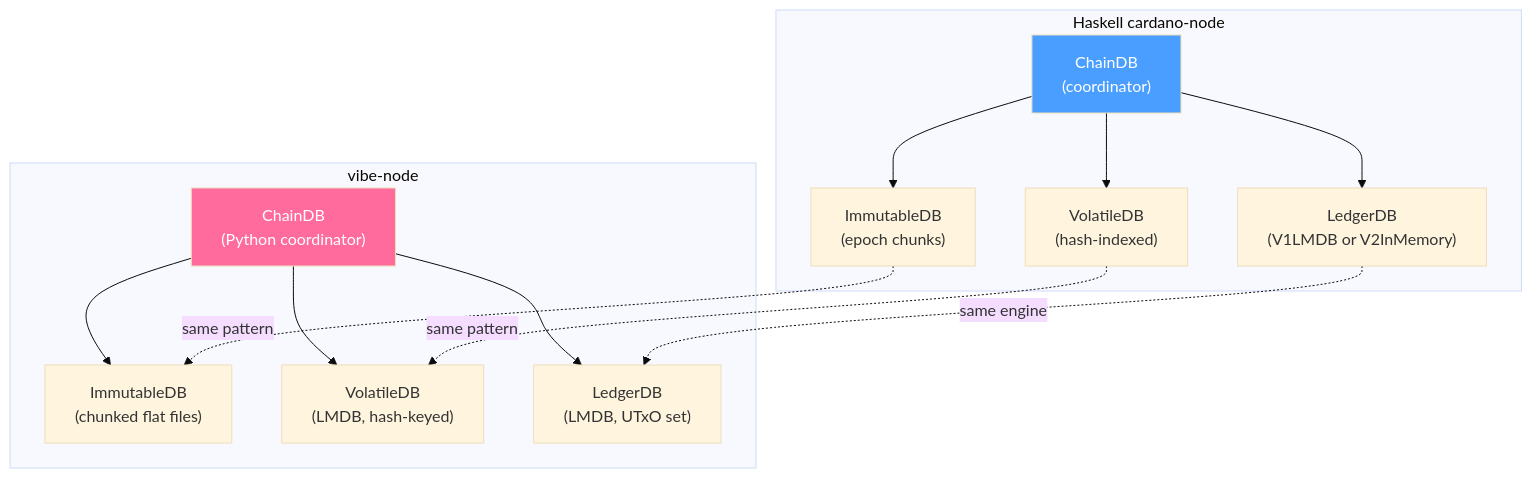
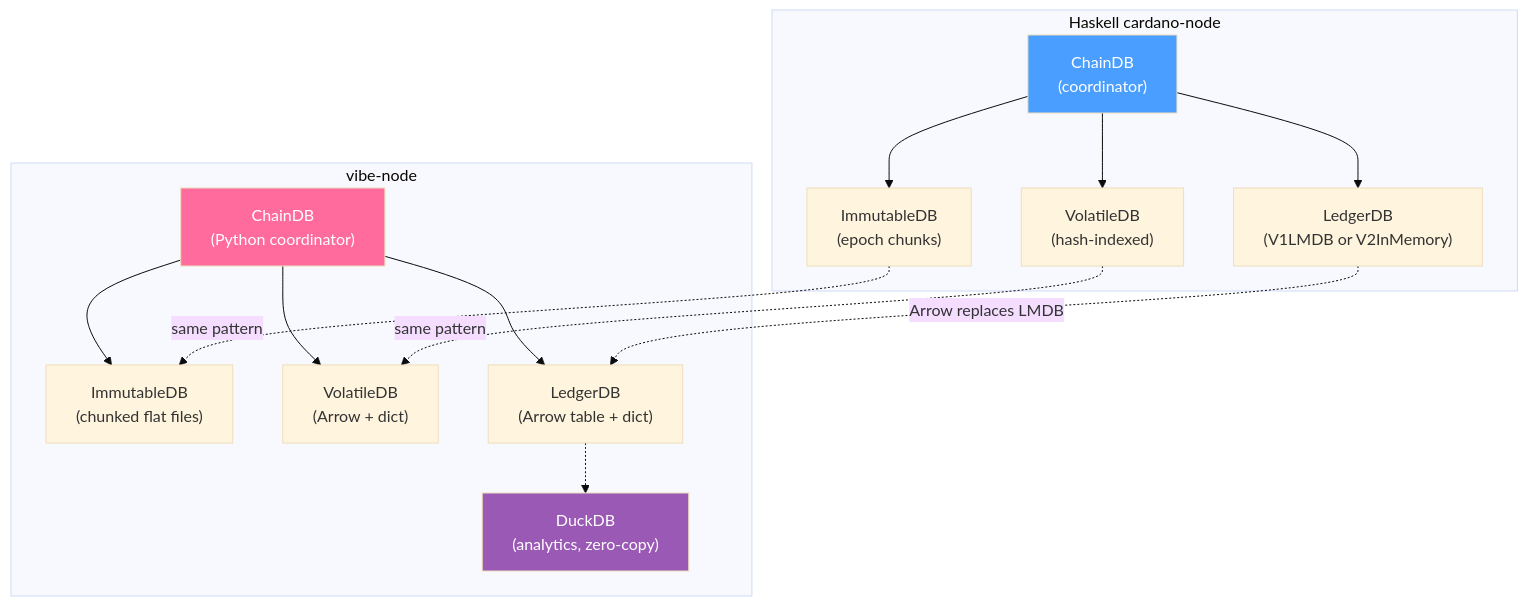
The second of 5 diagrams in docs/reference/data-architecture.md (SteelSwap/vibe-node), drawn with Mermaid (base theme) before and after one commit. The commit also changed other lines of this file and 6 other files, not shown here.

First line of the commit message:
feat(m1.7): Arrow+Dict architecture — 86x faster block apply than LMDB

````diff
--- a/docs/reference/data-architecture.md
+++ b/docs/reference/data-architecture.md
@@ -160,29 +141,32 @@
 ```mermaid
 graph TB
     subgraph "Haskell cardano-node"
         HChainDB["ChainDB<br/>(coordinator)"]
         HImmDB["ImmutableDB<br/>(epoch chunks)"]
         HVolDB["VolatileDB<br/>(hash-indexed)"]
         HLedgerDB["LedgerDB<br/>(V1LMDB or V2InMemory)"]
         HChainDB --> HImmDB
         HChainDB --> HVolDB
         HChainDB --> HLedgerDB
     end
 
     subgraph "vibe-node"
         VChainDB["ChainDB<br/>(Python coordinator)"]
         VImmDB["ImmutableDB<br/>(chunked flat files)"]
-        VVolDB["VolatileDB<br/>(LMDB, hash-keyed)"]
-        VLedgerDB["LedgerDB<br/>(LMDB, UTxO set)"]
+        VVolDB["VolatileDB<br/>(Arrow + dict)"]
+        VLedgerDB["LedgerDB<br/>(Arrow table + dict)"]
+        VDuck["DuckDB<br/>(analytics, zero-copy)"]
         VChainDB --> VImmDB
         VChainDB --> VVolDB
         VChainDB --> VLedgerDB
+        VLedgerDB -.-> VDuck
     end
 
     HImmDB -. "same pattern" .-> VImmDB
     HVolDB -. "same pattern" .-> VVolDB
-    HLedgerDB -. "same engine" .-> VLedgerDB
+    HLedgerDB -. "Arrow replaces LMDB" .-> VLedgerDB
 
     style HChainDB fill:#4a9eff,color:#fff
     style VChainDB fill:#ff6b9d,color:#fff
+    style VDuck fill:#9b59b6,color:#fff
 ```
````
